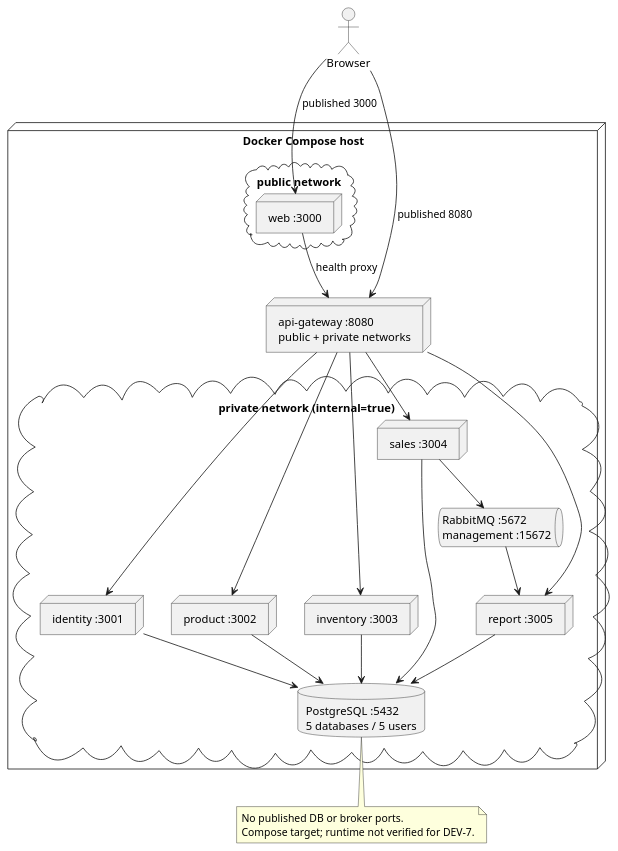
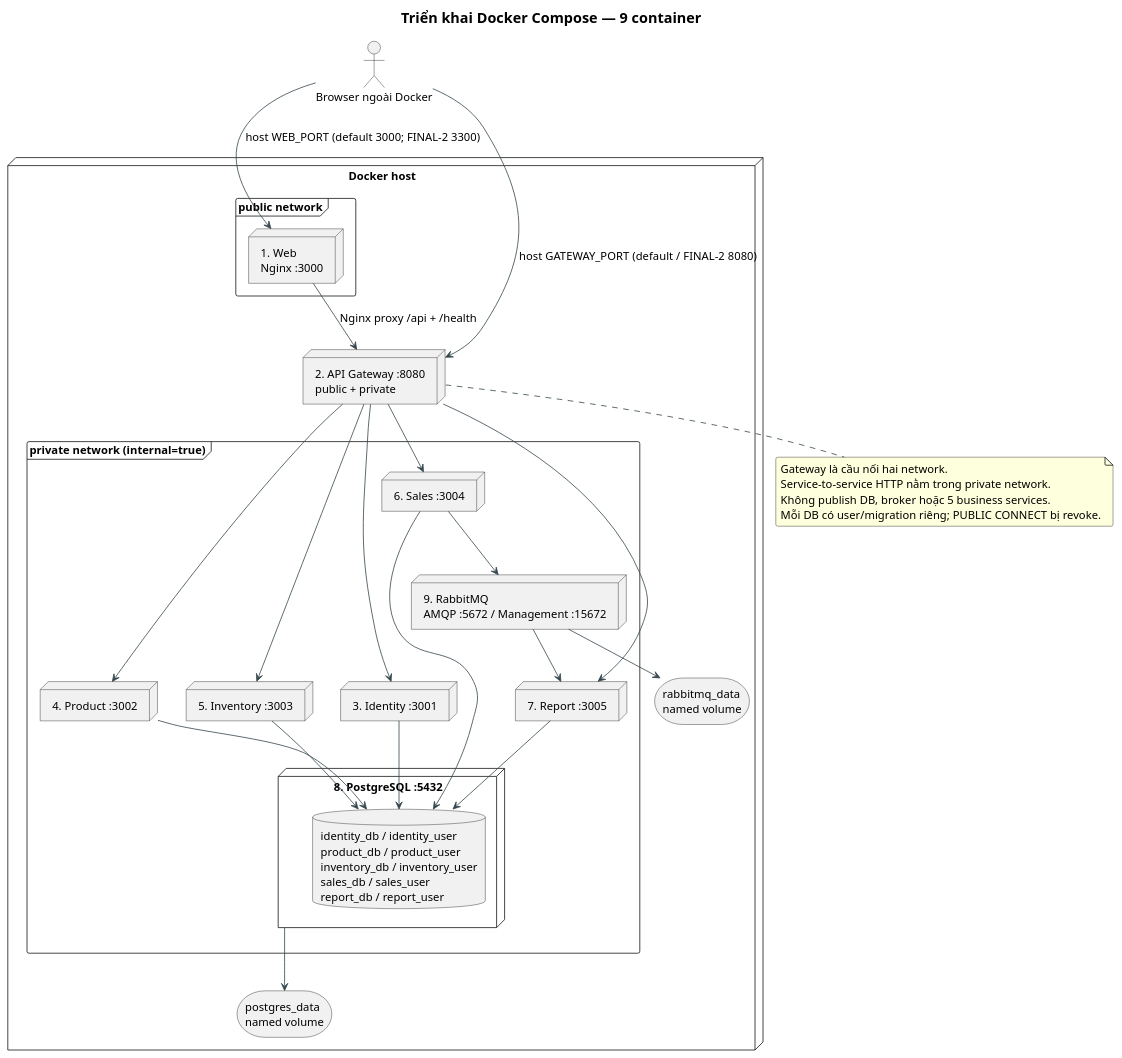
One commit to dnk22/kien-truc-phan-mem changed the diagram in docs/uml/deployment.puml. Above: the diagram before and after it, drawn with PlantUML. The commit also changed 320 other files, not shown here.

```diff
--- a/docs/uml/deployment.puml
+++ b/docs/uml/deployment.puml
@@ -1,37 +1,61 @@
 @startuml
-actor Browser
-node "Docker Compose host" {
- cloud "public network" {
- node "web :3000" as web
- }
- node "api-gateway :8080\npublic + private networks" as gw
- cloud "private network (internal=true)" {
- node "identity :3001" as i
- node "product :3002" as p
- node "inventory :3003" as v
- node "sales :3004" as s
- node "report :3005" as r
- database "PostgreSQL :5432\n5 databases / 5 users" as db
- queue "RabbitMQ :5672\nmanagement :15672" as mq
- }
+skinparam backgroundColor white
+skinparam shadowing false
+skinparam defaultFontName Arial
+skinparam defaultFontSize 14
+skinparam titleFontSize 18
+skinparam roundcorner 5
+skinparam ArrowColor #37474F
+skinparam classBackgroundColor #F7FAFC
+skinparam classBorderColor #456575
+skinparam packageBackgroundColor white
+skinparam componentStyle rectangle
+hide empty members
+title Triển khai Docker Compose — 9 container
+actor "Browser ngoài Docker" as browser
+node "Docker host" {
+ frame "public network" {
+  node "1. Web\nNginx :3000" as web
+
 }
-Browser --> web : published 3000
-Browser --> gw : published 8080
-web --> gw : health proxy
+ node "2. API Gateway :8080\npublic + private" as gw
+ frame "private network (internal=true)" {
+  node "3. Identity :3001" as i
+  node "4. Product :3002" as p
+  node "5. Inventory :3003" as inv
+  node "6. Sales :3004" as s
+  node "7. Report :3005" as r
+  node "8. PostgreSQL :5432" as pg {
+   database "identity_db / identity_user\nproduct_db / product_user\ninventory_db / inventory_user\nsales_db / sales_user\nreport_db / report_user" as db
+
+}
+  node "9. RabbitMQ\nAMQP :5672 / Management :15672" as mq
+
+}
+ storage "postgres_data\nnamed volume" as pv
+ storage "rabbitmq_data\nnamed volume" as rv
+}
+browser --> web : host WEB_PORT (default 3000; FINAL-2 3300)
+browser --> gw : host GATEWAY_PORT (default / FINAL-2 8080)
+web --> gw : Nginx proxy /api + /health
 gw --> i
 gw --> p
-gw --> v
+gw --> inv
 gw --> s
 gw --> r
 i --> db
 p --> db
-v --> db
+inv --> db
 s --> db
 r --> db
 s --> mq
 mq --> r
-note bottom of db
-No published DB or broker ports.
-Compose target; runtime not verified for DEV-7.
+pg --> pv
+mq --> rv
+note bottom of gw
+Gateway là cầu nối hai network.
+Service-to-service HTTP nằm trong private network.
+Không publish DB, broker hoặc 5 business services.
+Mỗi DB có user/migration riêng; PUBLIC CONNECT bị revoke.
 end note
 @enduml
```
